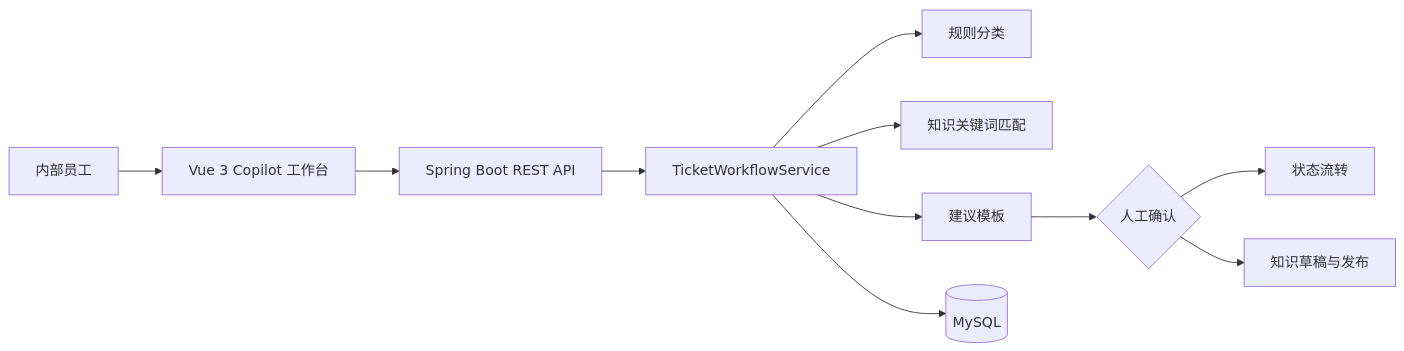
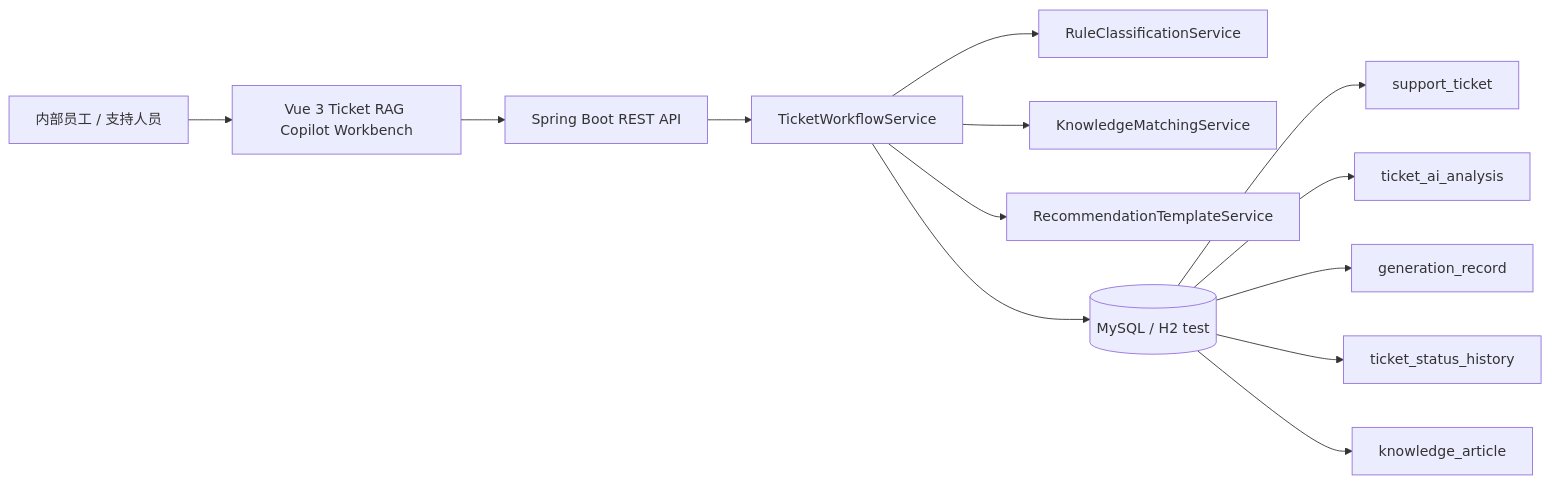
One commit to jameswilson87156-del/enterprise-ai-ticket-copilot changed the diagram in README.md. Above: the diagram before and after it, drawn with Mermaid. The commit also changed other lines of this file and 3 other files, not shown here.

Commit message:
docs: polish ticket copilot portfolio evidence

````diff
--- a/README.md
+++ b/README.md
@@ -32,13 +70,16 @@
 ```mermaid
 flowchart LR
-  employee["内部员工"] --> web["Vue 3 Copilot 工作台"]
+  employee["内部员工 / 支持人员"] --> web["Vue 3 Ticket RAG Copilot Workbench"]
   web --> api["Spring Boot REST API"]
   api --> workflow["TicketWorkflowService"]
-  workflow --> classify["规则分类"]
-  workflow --> match["知识关键词匹配"]
-  workflow --> recommend["建议模板"]
-  workflow --> mysql[("MySQL")]
-  recommend --> review{"人工确认"}
-  review --> status["状态流转"]
-  review --> knowledge["知识草稿与发布"]
+  workflow --> classify["RuleClassificationService"]
+  workflow --> matcher["KnowledgeMatchingService"]
+  workflow --> template["RecommendationTemplateService"]
+  workflow --> mysql[("MySQL / H2 test")]
+
+  mysql --> ticket["support_ticket"]
+  mysql --> analysis["ticket_ai_analysis"]
+  mysql --> generation["generation_record"]
+  mysql --> history["ticket_status_history"]
+  mysql --> knowledge["knowledge_article"]
 ```
````
